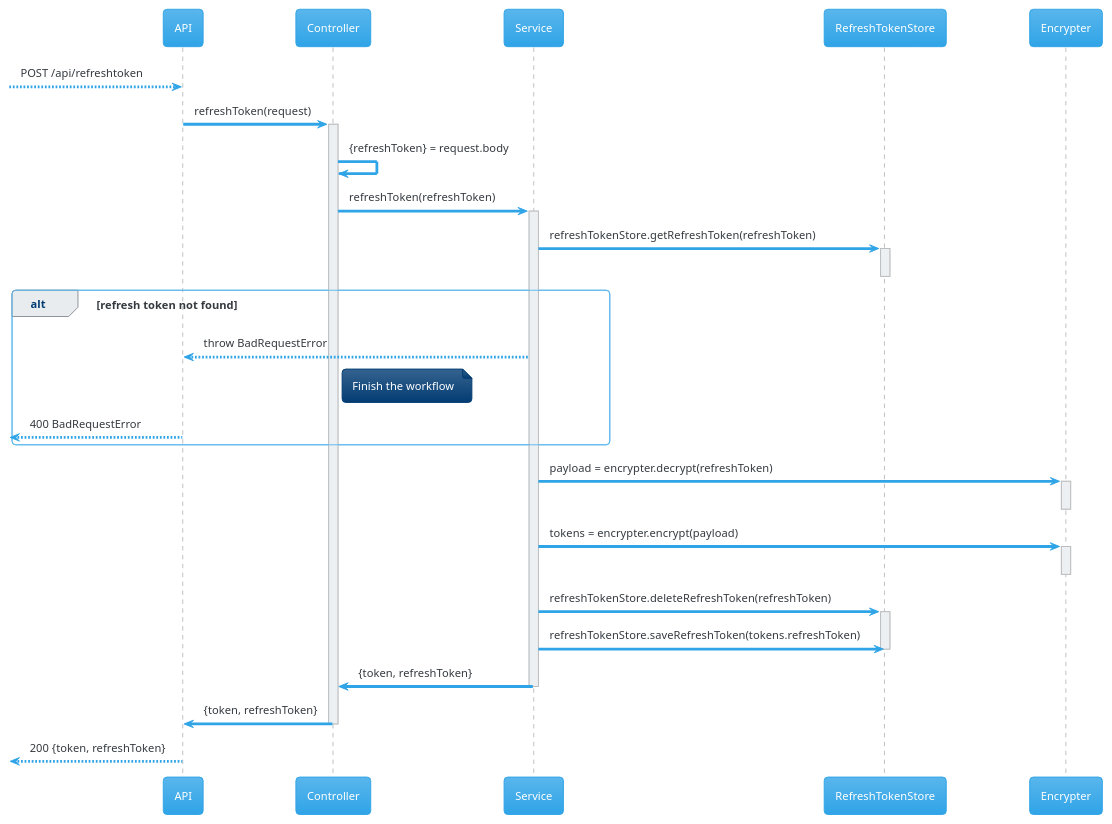
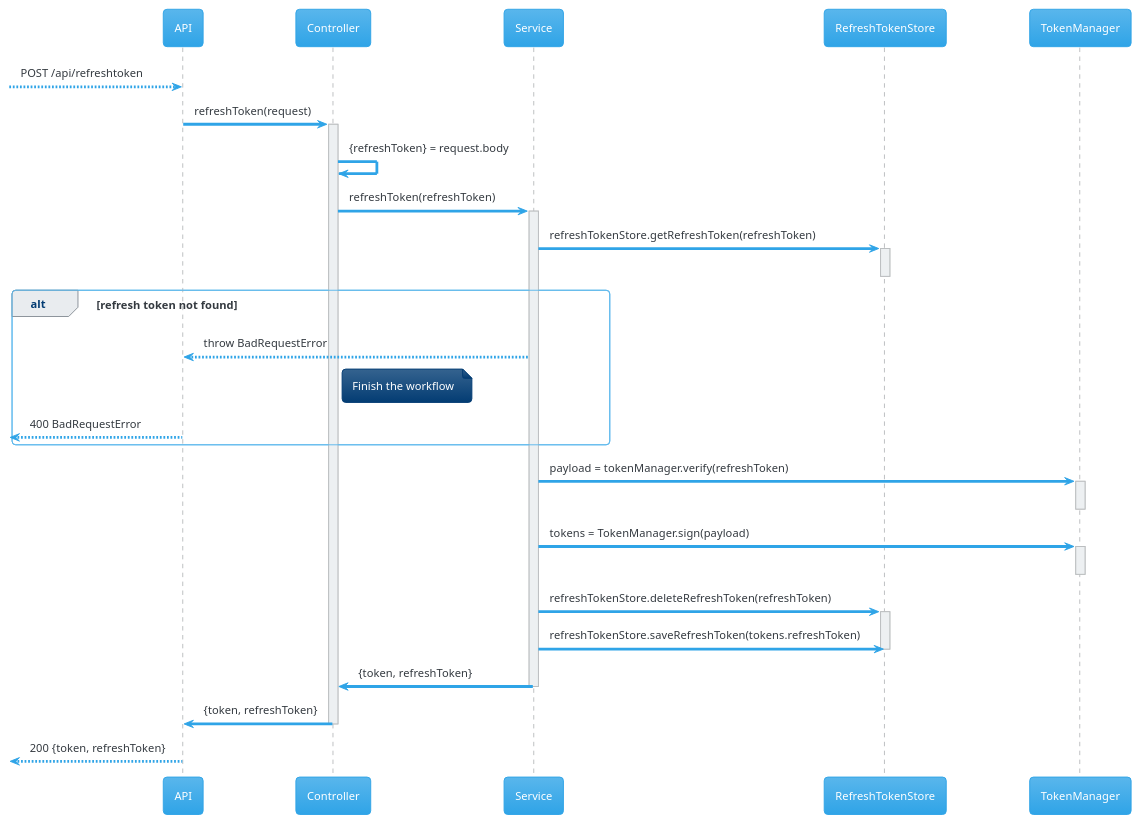
One commit to ArturBrito/auth changed the diagram in docs/authentication/refresh-token/refresh-token.sd.puml. Above: the diagram before and after it, drawn with PlantUML. The commit also changed 18 other files, not shown here.

Commit message:
refactor: rename the encrypt to tokenManager and encrypt and decrypt to sign and verify

```diff
--- a/docs/authentication/refresh-token/refresh-token.sd.puml
+++ b/docs/authentication/refresh-token/refresh-token.sd.puml
@@ -1,46 +1,46 @@
 @startuml
 !theme cerulean
 participant "API" as API
 participant "Controller" as Ctrl
 participant "Service" as Service
 participant "RefreshTokenStore" as RefreshTokenStore
-participant "Encrypter" as Encrypter
+participant "TokenManager" as TokenManager
 
 
 
 --> API: POST /api/refreshtoken
 API -> Ctrl: refreshToken(request)
 activate Ctrl
 Ctrl -> Ctrl: {refreshToken} = request.body
 Ctrl -> Service: refreshToken(refreshToken)
 activate Service
 Service -> RefreshTokenStore: refreshTokenStore.getRefreshToken(refreshToken)
 activate RefreshTokenStore
 deactivate RefreshTokenStore
 alt refresh token not found
     Service --> API: throw BadRequestError
     note right of Ctrl
         Finish the workflow
     end note
     <-- API: 400 BadRequestError
 end
-Service -> Encrypter: payload = encrypter.decrypt(refreshToken)
-activate Encrypter
-deactivate Encrypter
+Service -> TokenManager: payload = tokenManager.verify(refreshToken)
+activate TokenManager
+deactivate TokenManager
 
-Service -> Encrypter: tokens = encrypter.encrypt(payload)
-activate Encrypter
-deactivate Encrypter
+Service -> TokenManager: tokens = TokenManager.sign(payload)
+activate TokenManager
+deactivate TokenManager
 Service -> RefreshTokenStore: refreshTokenStore.deleteRefreshToken(refreshToken)
 activate RefreshTokenStore
 Service -> RefreshTokenStore: refreshTokenStore.saveRefreshToken(tokens.refreshToken)
 deactivate RefreshTokenStore
 
 Service -> Ctrl: {token, refreshToken}
 deactivate Service
 Ctrl -> API: {token, refreshToken}
 deactivate Ctrl
 <-- API : 200 {token, refreshToken}
 
 
 @enduml
```
